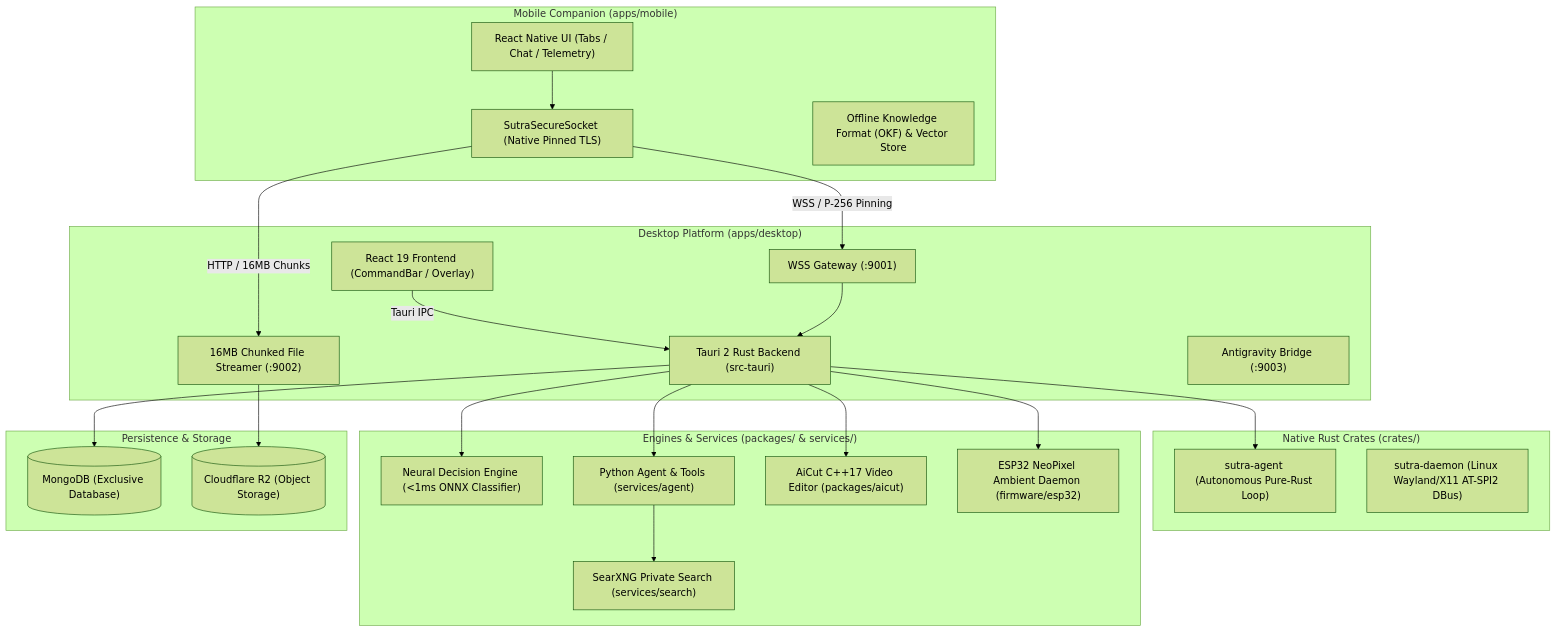
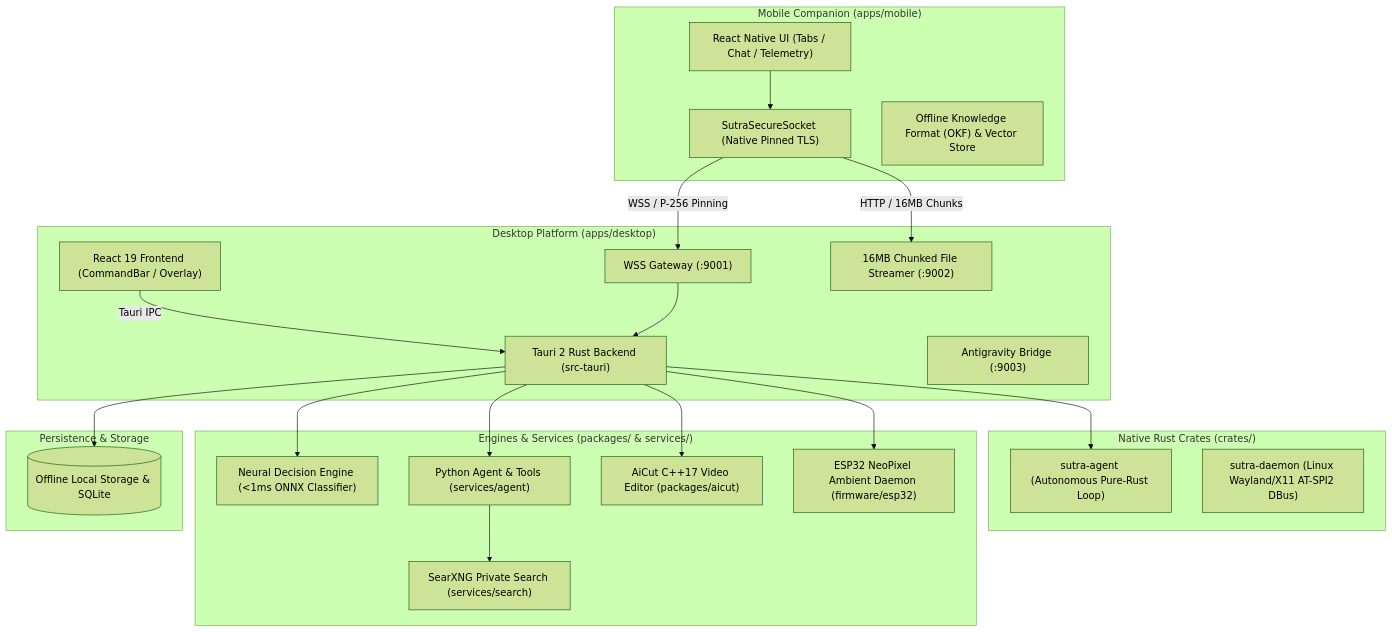
The first of 2 diagrams in ARCHITECTURE.md (Tushardevx01/Blinky), drawn with Mermaid (forest theme) before and after one commit. The commit also changed other lines of this file and 50 other files, not shown here.

````diff
--- a/ARCHITECTURE.md
+++ b/ARCHITECTURE.md
@@ -15,48 +15,46 @@
 ```mermaid
 graph TD
     subgraph Mobile_Tier ["Mobile Companion (apps/mobile)"]
         UI_Mobile["React Native UI (Tabs / Chat / Telemetry)"]
         SecureSocket["SutraSecureSocket (Native Pinned TLS)"]
         MobileRAG["Offline Knowledge Format (OKF) & Vector Store"]
     end
 
     subgraph Desktop_Tier ["Desktop Platform (apps/desktop)"]
         TauriHost["Tauri 2 Rust Backend (src-tauri)"]
         Frontend["React 19 Frontend (CommandBar / Overlay)"]
         WSServer["WSS Gateway (:9001)"]
         FileStreamer["16MB Chunked File Streamer (:9002)"]
         AntigravityBridge["Antigravity Bridge (:9003)"]
     end
 
     subgraph Native_Crates ["Native Rust Crates (crates/)"]
         AgentCrate["sutra-agent (Autonomous Pure-Rust Loop)"]
         DaemonCrate["sutra-daemon (Linux Wayland/X11 AT-SPI2 DBus)"]
     end
 
     subgraph Machine_Learning ["Engines & Services (packages/ & services/)"]
         DecisionEngine["Neural Decision Engine (<1ms ONNX Classifier)"]
         PythonAgent["Python Agent & Tools (services/agent)"]
         AiCut["AiCut C++17 Video Editor (packages/aicut)"]
         SearXNG["SearXNG Private Search (services/search)"]
         ESP32["ESP32 NeoPixel Ambient Daemon (firmware/esp32)"]
     end
 
     subgraph Persistence ["Persistence & Storage"]
-        MongoDB[("MongoDB (Exclusive Database)")]
-        CloudflareR2[("Cloudflare R2 (Object Storage)")]
+        LocalStorage[("Offline Local Storage & SQLite")]
     end
 
     UI_Mobile --> SecureSocket
     SecureSocket -->|WSS / P-256 Pinning| WSServer
     SecureSocket -->|HTTP / 16MB Chunks| FileStreamer
     Frontend -->|Tauri IPC| TauriHost
     WSServer --> TauriHost
     TauriHost --> DecisionEngine
     TauriHost --> AgentCrate
     TauriHost --> PythonAgent
     TauriHost --> AiCut
     TauriHost --> ESP32
-    TauriHost --> MongoDB
-    FileStreamer --> CloudflareR2
+    TauriHost --> LocalStorage
     PythonAgent --> SearXNG
 ```
````
